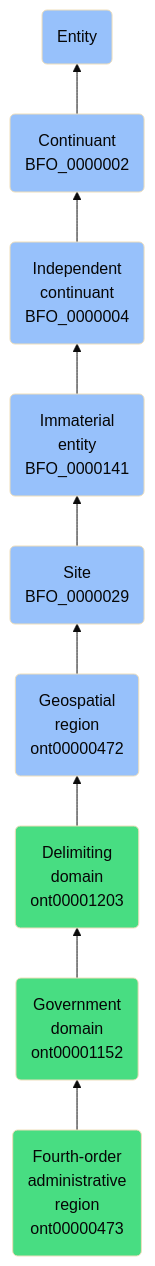
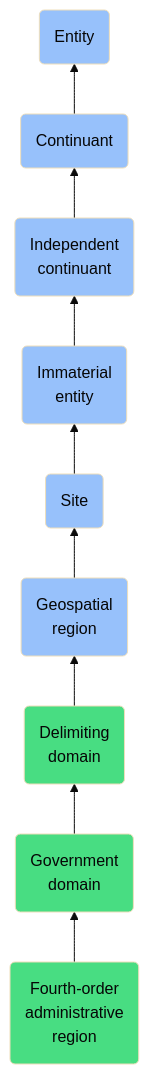
The diagram in docs/ontology/reference/model/Entity/Continuant/Independent continuant/Immaterial entity/Site/Geospatial region/Delimiting domain/Government domain/Fourth-order administrative region/Fourth-order administrative region.md (jupyter-naas/abi), drawn with Mermaid (base theme) before and after one commit. The commit also changed other lines of this file and 1430 other files, not shown here.

````diff
--- a/docs/ontology/reference/model/Entity/Continuant/Independent continuant/Immaterial entity/Site/Geospatial region/Delimiting domain/Government domain/Fourth-order administrative region/Fourth-order administrative region.md
+++ b/docs/ontology/reference/model/Entity/Continuant/Independent continuant/Immaterial entity/Site/Geospatial region/Delimiting domain/Government domain/Fourth-order administrative region/Fourth-order administrative region.md
@@ -24,16 +24,16 @@
 ```mermaid
 graph BT
-    ont00000473(Fourth-order<br>administrative<br>region<br>ont00000473):::ABI-->ont00001152
-    ont00001152(Government<br>domain<br>ont00001152):::ABI-->ont00001203
-    ont00001203(Delimiting<br>domain<br>ont00001203):::ABI-->ont00000472
-    ont00000472(Geospatial<br>region<br>ont00000472):::BFO-->BFO_0000029
-    BFO_0000029(Site<br>BFO_0000029):::BFO-->BFO_0000141
-    BFO_0000141(Immaterial<br>entity<br>BFO_0000141):::BFO-->BFO_0000004
-    BFO_0000004(Independent<br>continuant<br>BFO_0000004):::BFO-->BFO_0000002
-    BFO_0000002(Continuant<br>BFO_0000002):::BFO-->BFO_0000001
+    ont00000473(Fourth-order<br>administrative<br>region):::ABI-->ont00001152
+    ont00001152(Government<br>domain):::ABI-->ont00001203
+    ont00001203(Delimiting<br>domain):::ABI-->ont00000472
+    ont00000472(Geospatial<br>region):::BFO-->BFO_0000029
+    BFO_0000029(Site):::BFO-->BFO_0000141
+    BFO_0000141(Immaterial<br>entity):::BFO-->BFO_0000004
+    BFO_0000004(Independent<br>continuant):::BFO-->BFO_0000002
+    BFO_0000002(Continuant):::BFO-->BFO_0000001
     BFO_0000001(Entity):::BFO
     
     classDef BFO fill:#97c1fb,color:#060606
     classDef CCO fill:#e4c51e,color:#060606
     classDef ABI fill:#48DD82,color:#060606
 ```
````
